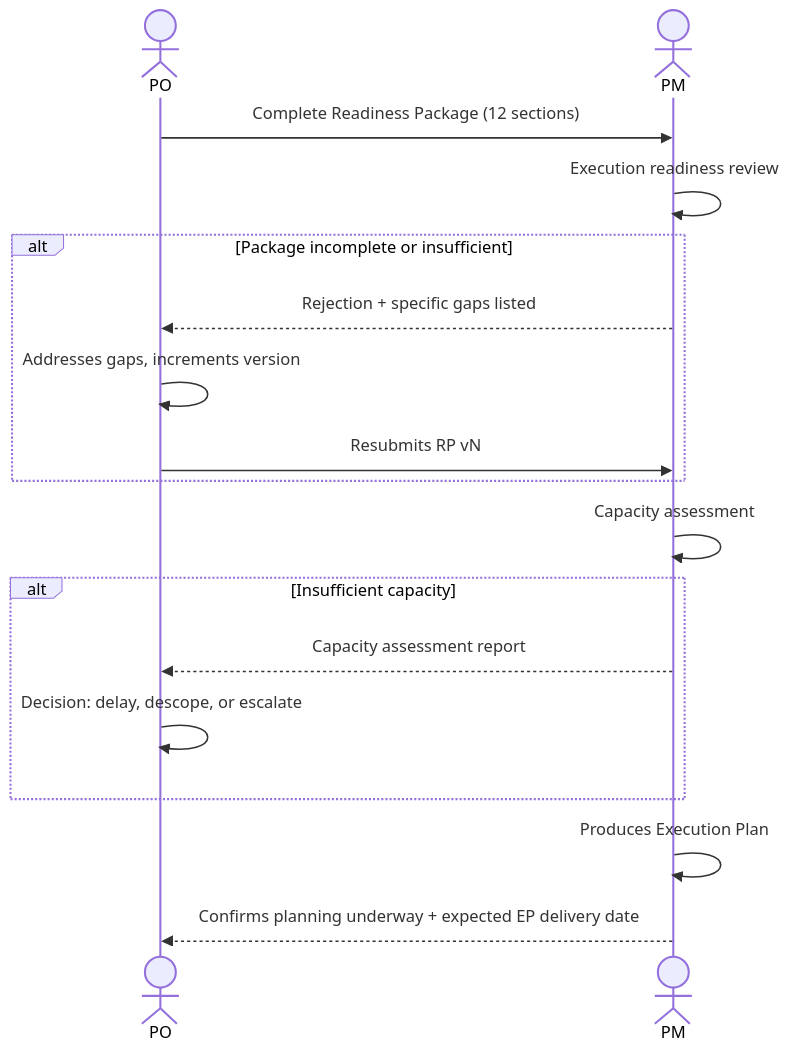
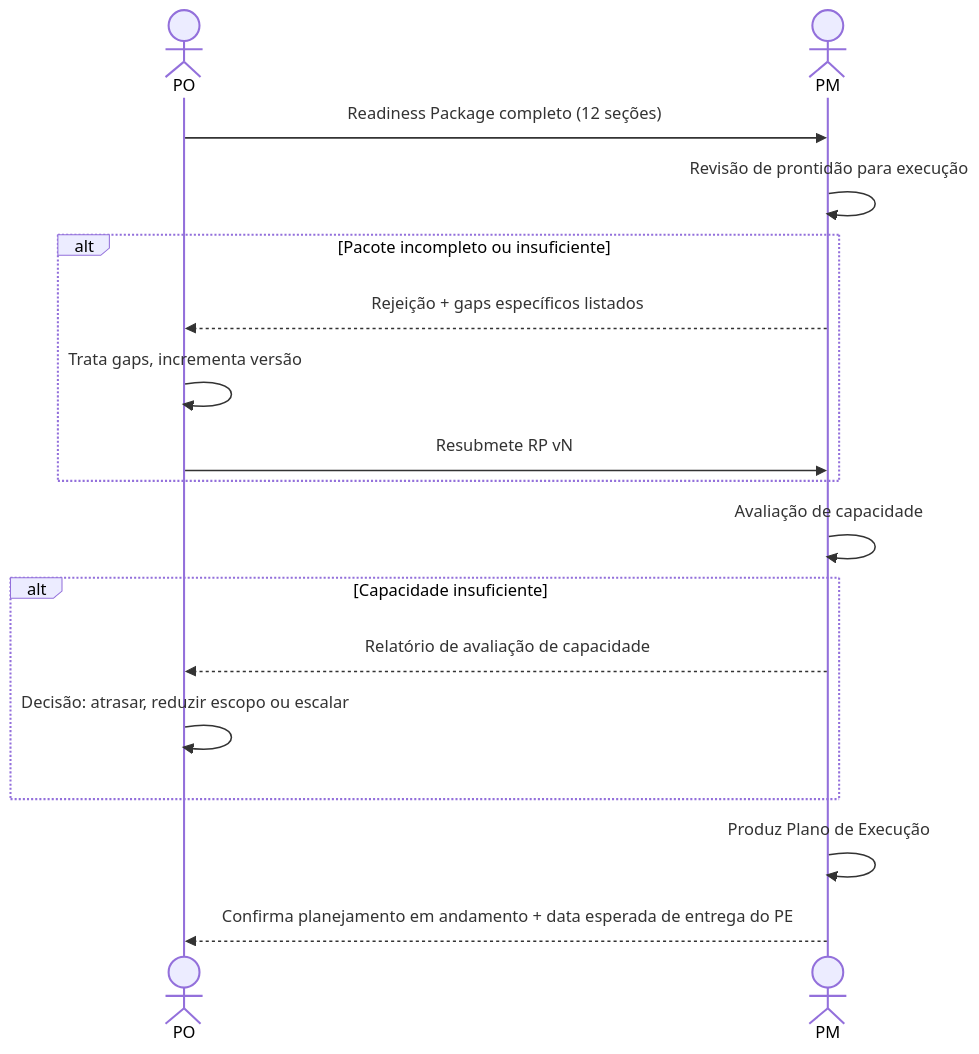
The diagram in interactions/07-po-to-pm.md (hugo-hsbtech/teamwork-process), drawn with Mermaid before and after one commit. The commit also changed other lines of this file and 64 other files, not shown here.

````diff
--- a/interactions/07-po-to-pm.md
+++ b/interactions/07-po-to-pm.md
@@ -62,23 +62,23 @@
 ```mermaid
 sequenceDiagram
     actor PO as PO
     actor PM as PM
 
-    PO->>PM: Complete Readiness Package (12 sections)
-    PM->>PM: Execution readiness review
+    PO->>PM: Readiness Package completo (12 seções)
+    PM->>PM: Revisão de prontidão para execução
 
-    alt Package incomplete or insufficient
-        PM-->>PO: Rejection + specific gaps listed
-        PO->>PO: Addresses gaps, increments version
-        PO->>PM: Resubmits RP vN
+    alt Pacote incompleto ou insuficiente
+        PM-->>PO: Rejeição + gaps específicos listados
+        PO->>PO: Trata gaps, incrementa versão
+        PO->>PM: Resubmete RP vN
     end
 
-    PM->>PM: Capacity assessment
-    alt Insufficient capacity
-        PM-->>PO: Capacity assessment report
-        PO->>PO: Decision: delay, descope, or escalate
+    PM->>PM: Avaliação de capacidade
+    alt Capacidade insuficiente
+        PM-->>PO: Relatório de avaliação de capacidade
+        PO->>PO: Decisão: atrasar, reduzir escopo ou escalar
     end
 
-    PM->>PM: Produces Execution Plan
-    PM-->>PO: Confirms planning underway + expected EP delivery date
+    PM->>PM: Produz Plano de Execução
+    PM-->>PO: Confirma planejamento em andamento + data esperada de entrega do PE
 ```
````
